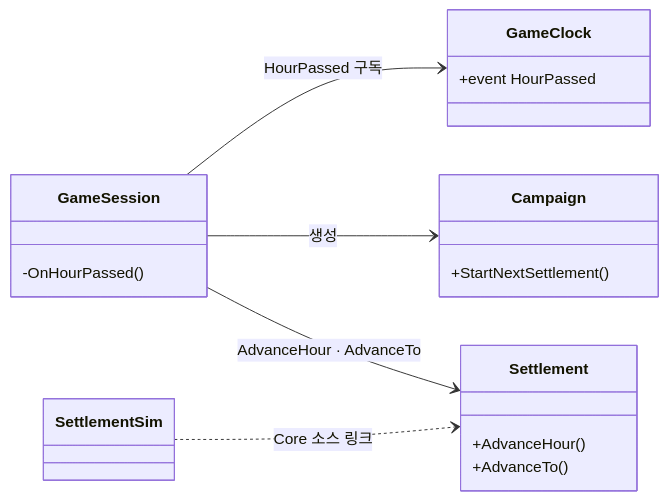
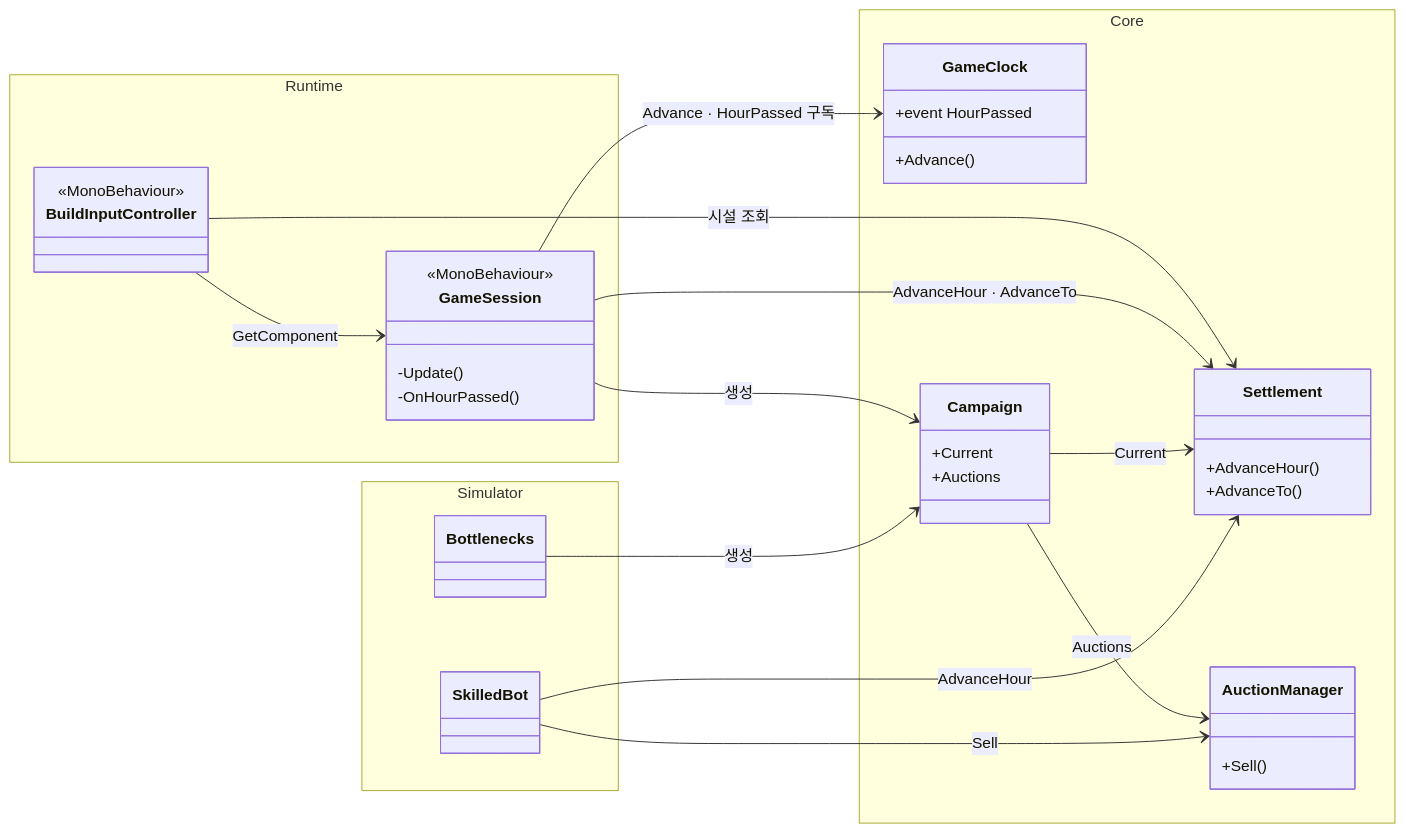
Before and after one commit to ashadeveloperr/ashadeveloperr.github.io: the second of 11 diagrams in src/3-desert-settlement/기술문서.md, drawn with Mermaid. The commit also changed other lines of this file and 8 other files, not shown here.

````diff
--- a/src/3-desert-settlement/기술문서.md
+++ b/src/3-desert-settlement/기술문서.md
@@ -74,30 +97,53 @@
 ```mermaid
 classDiagram
   direction LR
-  %% 격자: - GameClock | GameSession Campaign | SettlementSim Settlement
-  %% 격자 맞춤: 아래
-  %% 격자 열 간격: 200
-  %% 화살표 GameSession -> GameClock: 나감=위 들어감=왼쪽
-  %% 화살표 GameSession -> Settlement: 나감=아래 들어감=왼쪽 자리=오른쪽
-  %% GameSession.cs 123~124
-  GameSession --> GameClock : HourPassed 구독
+  namespace Runtime {
+    class BuildInputController {
+      <<MonoBehaviour>>
+    }
+    class GameSession {
+      <<MonoBehaviour>>
+      -Update()
+      -OnHourPassed()
+    }
+  }
+  namespace Core {
+    class GameClock {
+      +Advance()
+      +event HourPassed
+    }
+    class Campaign {
+      +Current
+      +Auctions
+    }
+    class Settlement {
+      +AdvanceHour()
+      +AdvanceTo()
+    }
+    class AuctionManager {
+      +Sell()
+    }
+  }
+  namespace Simulator {
+    class Bottlenecks
+    class SkilledBot
+  }
+  %% 원본 Runtime/BuildInputController.cs 32~33, 84
+  BuildInputController --> GameSession : GetComponent
+  %% 원본 Runtime/BuildInputController.cs 213~219
+  BuildInputController --> Settlement : 시설 조회
+  %% GameSession.cs 80, 123~124
+  GameSession --> GameClock : Advance · HourPassed 구독
   %% GameSession.cs 100
   GameSession --> Campaign : 생성
   %% GameSession.cs 134, 145
   GameSession --> Settlement : AdvanceHour · AdvanceTo
-  %% SettlementSim.csproj 13~19
-  SettlementSim ..> Settlement : Core 소스 링크
-  class GameSession {
-    -OnHourPassed()
-  }
-  class GameClock {
-    +event HourPassed
-  }
-  class Campaign {
-    +StartNextSettlement()
-  }
-  class Settlement {
-    +AdvanceHour()
-    +AdvanceTo()
-  }
+  %% Campaign.cs 74~75
+  Campaign --> Settlement : Current
+  Campaign --> AuctionManager : Auctions
+  %% 원본 Tools/SettlementSim/Bottlenecks.cs 298
+  Bottlenecks --> Campaign : 생성
+  %% 원본 Tools/SettlementSim/SkilledBot.cs 61, 68
+  SkilledBot --> Settlement : AdvanceHour
+  SkilledBot --> AuctionManager : Sell
 ```
````
